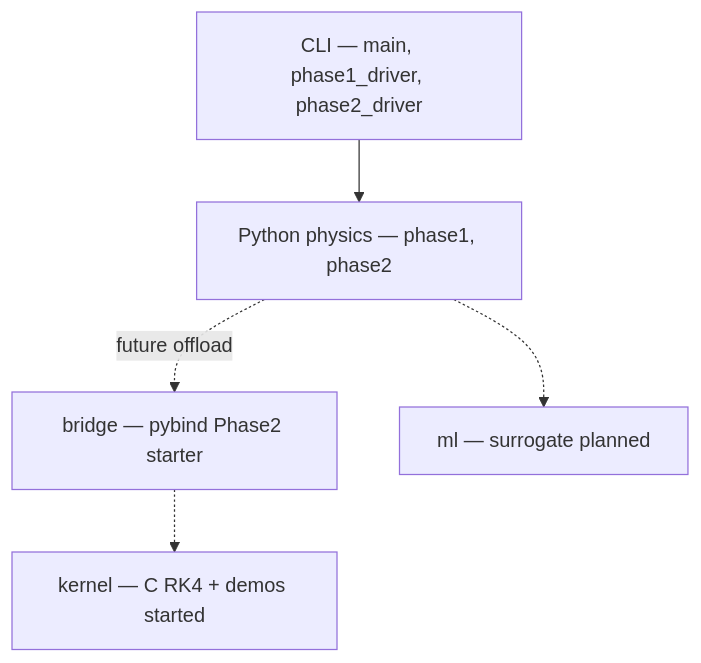
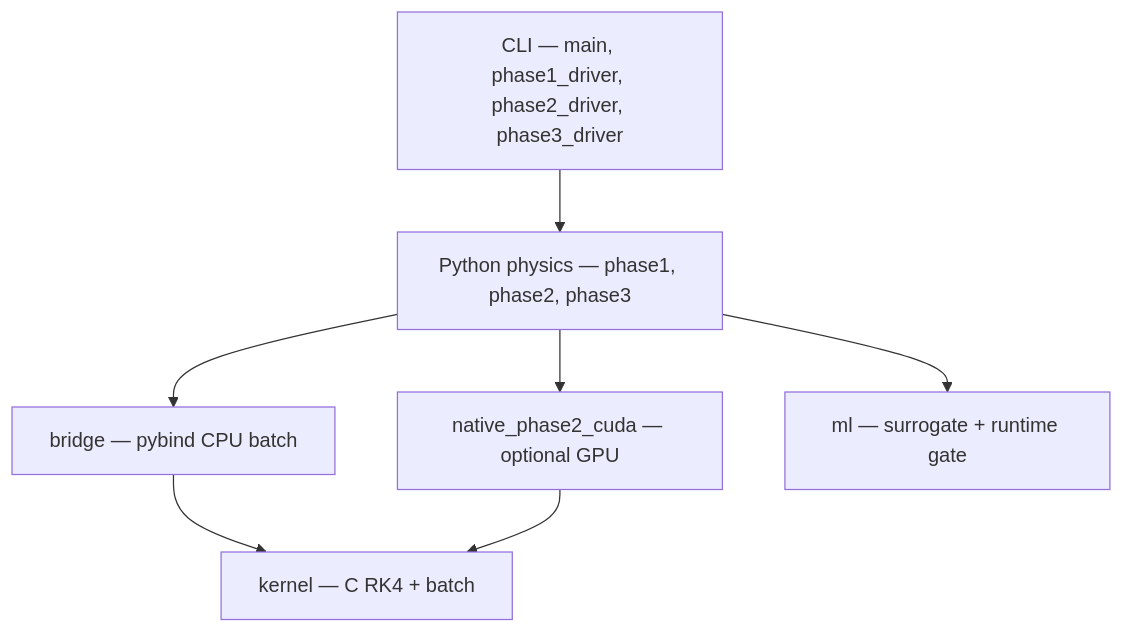
One commit to gabegaines24/Black-Hole-Ray-Tracer changed the diagram in docs/OVERVIEW.md. Above: the diagram before and after it, drawn with Mermaid. The commit also changed other lines of this file and 42 other files, not shown here.

First line of the commit message:
docs: record architecture and implementation plan

````diff
--- a/docs/OVERVIEW.md
+++ b/docs/OVERVIEW.md
@@ -31,13 +33,16 @@
 ```mermaid
 flowchart TB
-  cli["CLI — main, phase1_driver, phase2_driver"]
-  pyproto["Python physics — phase1, phase2"]
-  bridge["bridge — pybind Phase2 starter"]
-  kernel["kernel — C RK4 + demos started"]
-  ml["ml — surrogate planned"]
+  cli["CLI — main, phase1_driver, phase2_driver, phase3_driver"]
+  pyproto["Python physics — phase1, phase2, phase3"]
+  bridge["bridge — pybind CPU batch"]
+  cuda["native_phase2_cuda — optional GPU"]
+  kernel["kernel — C RK4 + batch"]
+  ml["ml — surrogate + runtime gate"]
 
   cli --> pyproto
-  pyproto -.->|"future offload"| bridge
-  bridge -.-> kernel
-  pyproto -.-> ml
+  pyproto --> bridge
+  bridge --> kernel
+  pyproto --> cuda
+  cuda --> kernel
+  pyproto --> ml
 ```
````
